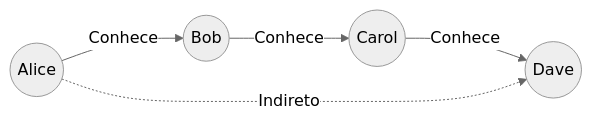
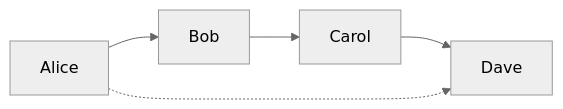
Before and after one commit to alloyha/experiments: the diagram in data/data-modelling-lectures/aulas/10_modelagem_grafos/apresentacao.md, drawn with Mermaid (neutral theme). The commit also changed 60 other files, not shown here.

````diff
--- a/data/data-modelling-lectures/aulas/10_modelagem_grafos/apresentacao.md
+++ b/data/data-modelling-lectures/aulas/10_modelagem_grafos/apresentacao.md
@@ -45,8 +45,7 @@
 ```mermaid
 graph LR
-    A((Alice)) -- Conhece --> B((Bob))
-    B -- Conhece --> C((Carol))
-    C -- Conhece --> D((Dave))
-    
-    A -. Indireto .-> D
+A[Alice] --> B[Bob]
+B --> C[Carol]
+C --> D[Dave]
+A -.-> D
 ```
````
